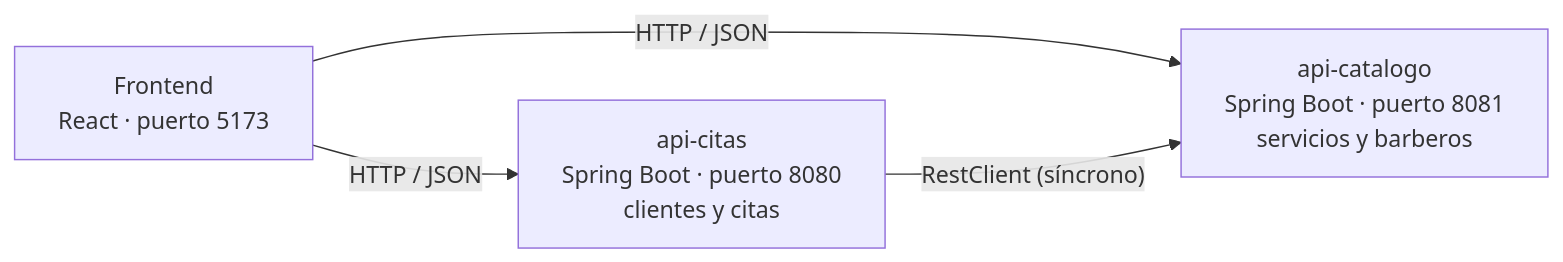
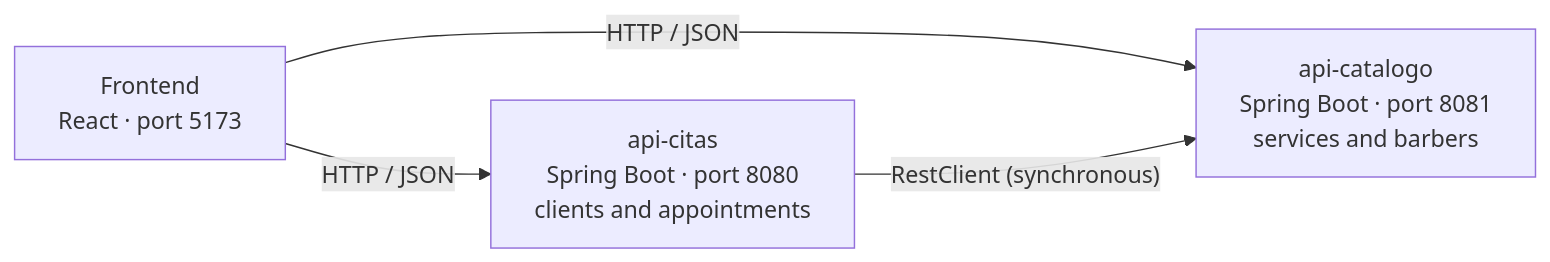
The diagram in README.md (zrdqns/barberia-microservicios), drawn with Mermaid before and after one commit. The commit also changed other lines of this file, not shown here.

````diff
--- a/README.md
+++ b/README.md
@@ -11,10 +11,10 @@
 ```mermaid
 flowchart LR
-    F["Frontend<br/>React · puerto 5173"]
-    C["api-citas<br/>Spring Boot · puerto 8080<br/>clientes y citas"]
-    K["api-catalogo<br/>Spring Boot · puerto 8081<br/>servicios y barberos"]
+    F["Frontend<br/>React · port 5173"]
+    C["api-citas<br/>Spring Boot · port 8080<br/>clients and appointments"]
+    K["api-catalogo<br/>Spring Boot · port 8081<br/>services and barbers"]
 
     F -- "HTTP / JSON" --> C
     F -- "HTTP / JSON" --> K
-    C -- "RestClient (síncrono)" --> K
+    C -- "RestClient (synchronous)" --> K
 ```
````
